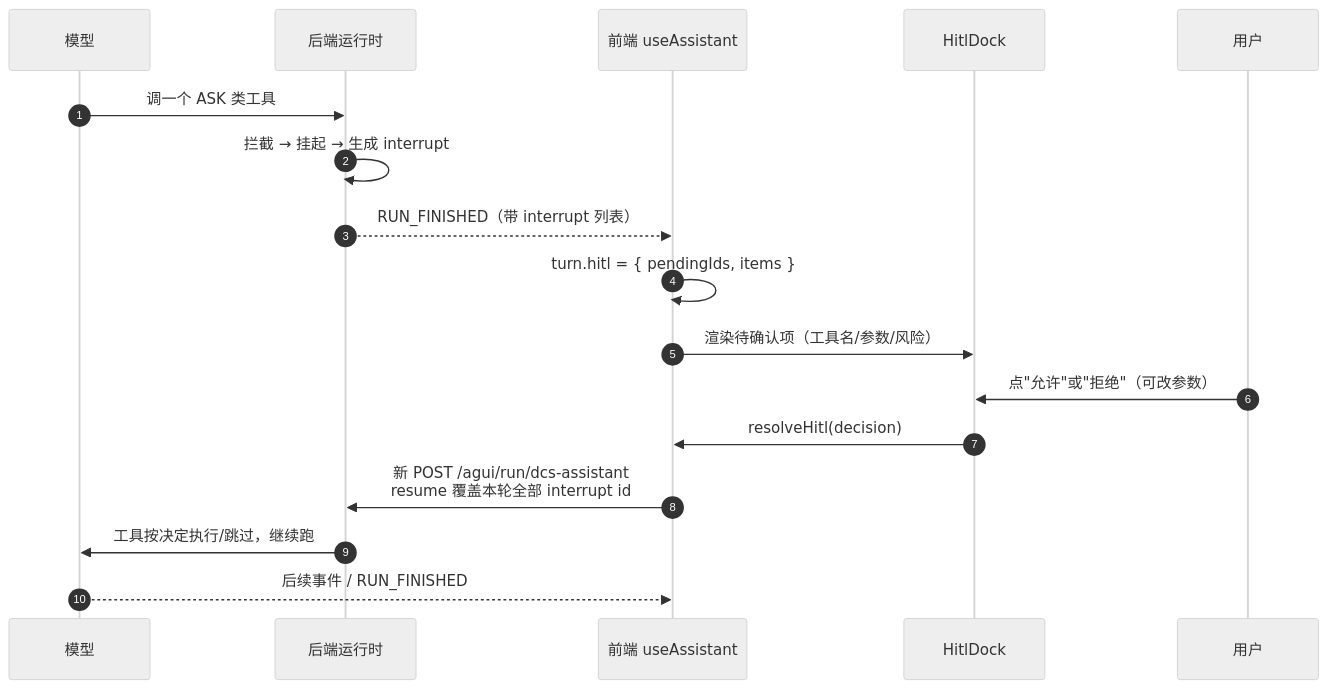
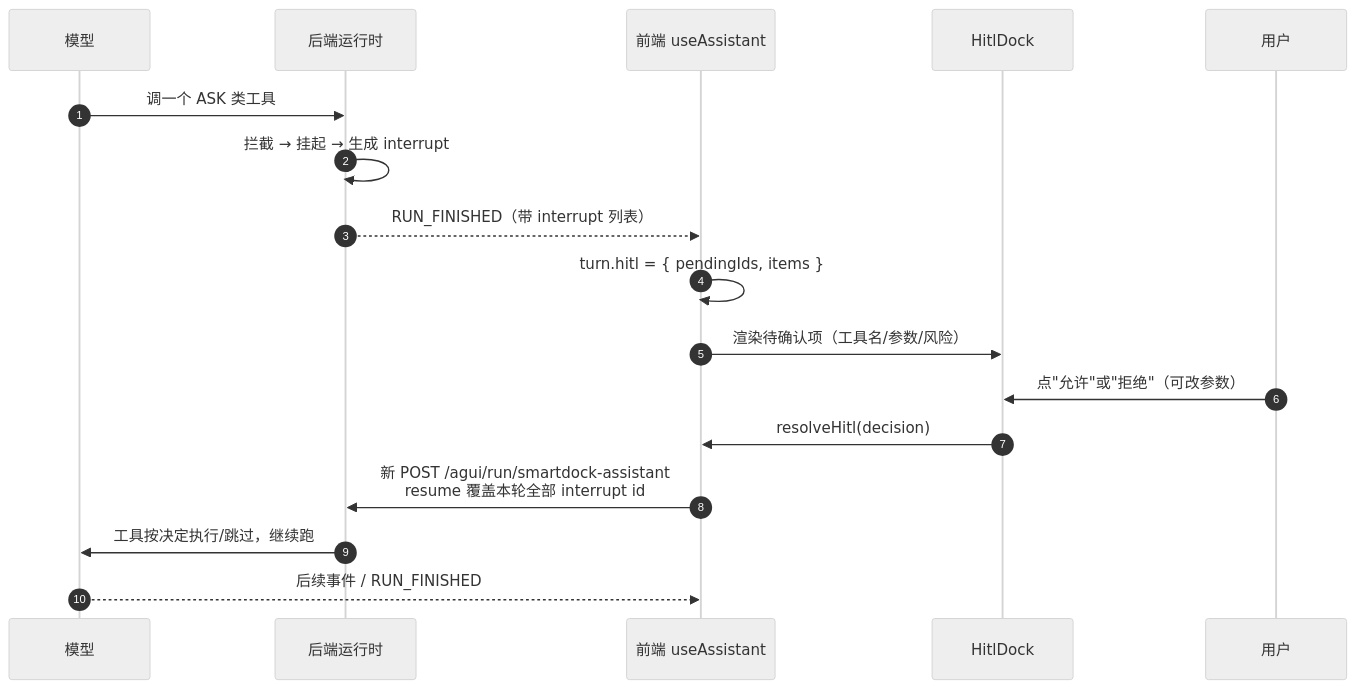
Before and after one commit to ck-ys/SmartDock: the eighth of 9 diagrams in docs/frontend-architecture.md, drawn with Mermaid (neutral theme). The commit also changed other lines of this file and 24 other files, not shown here.

````diff
--- a/docs/frontend-architecture.md
+++ b/docs/frontend-architecture.md
@@ -624,20 +624,20 @@
 ```mermaid
 sequenceDiagram
   autonumber
   participant M as 模型
   participant B as 后端运行时
   participant F as 前端 useAssistant
   participant D as HitlDock
   participant U as 用户
 
   M->>B: 调一个 ASK 类工具
   B->>B: 拦截 → 挂起 → 生成 interrupt
   B-->>F: RUN_FINISHED（带 interrupt 列表）
   F->>F: turn.hitl = { pendingIds, items }
   F->>D: 渲染待确认项（工具名/参数/风险）
   U->>D: 点"允许"或"拒绝"（可改参数）
   D->>F: resolveHitl(decision)
-  F->>B: 新 POST /agui/run/dcs-assistant<br/>resume 覆盖本轮全部 interrupt id
+  F->>B: 新 POST /agui/run/smartdock-assistant<br/>resume 覆盖本轮全部 interrupt id
   B->>M: 工具按决定执行/跳过，继续跑
   M-->>F: 后续事件 / RUN_FINISHED
 ```
````
